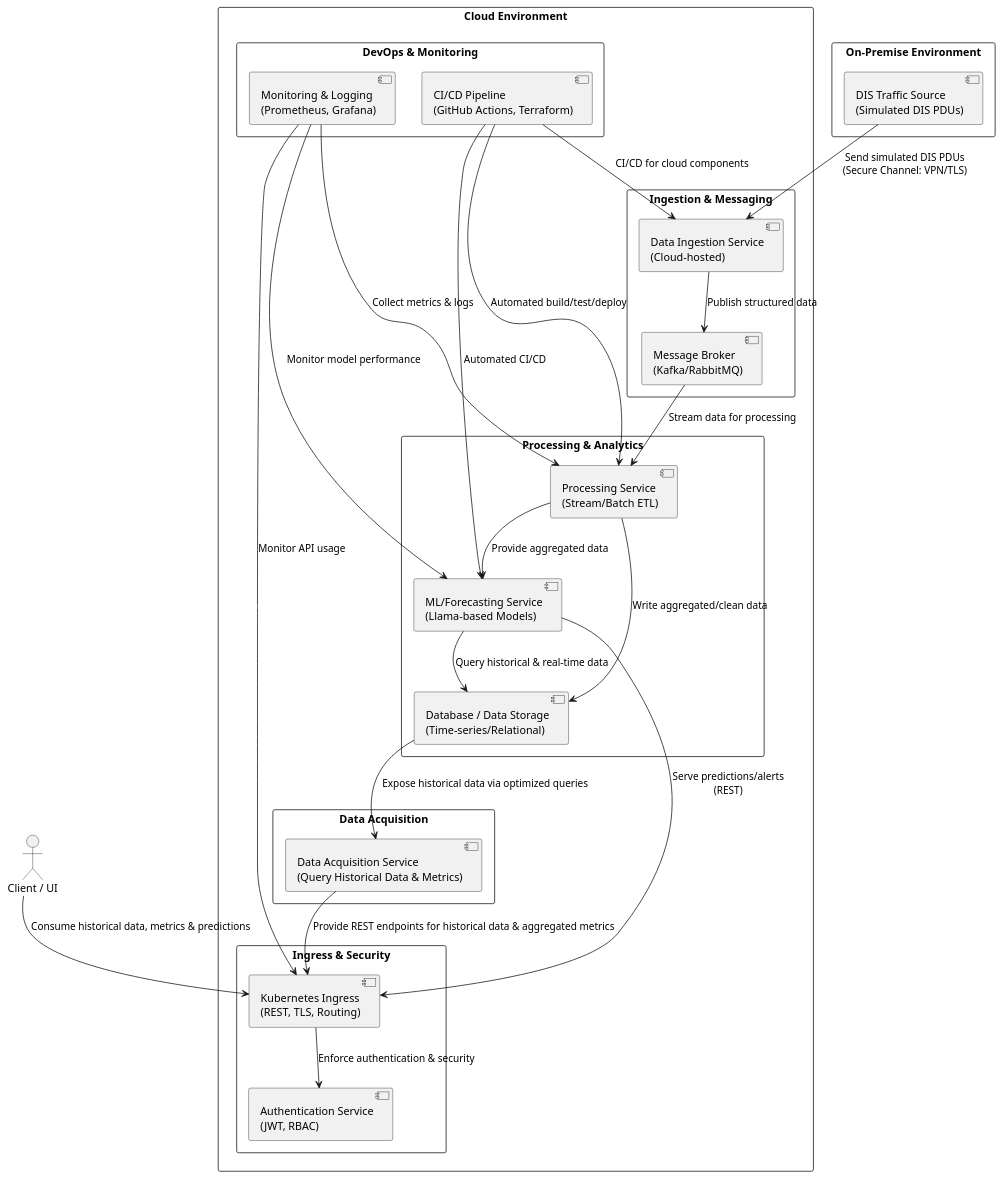
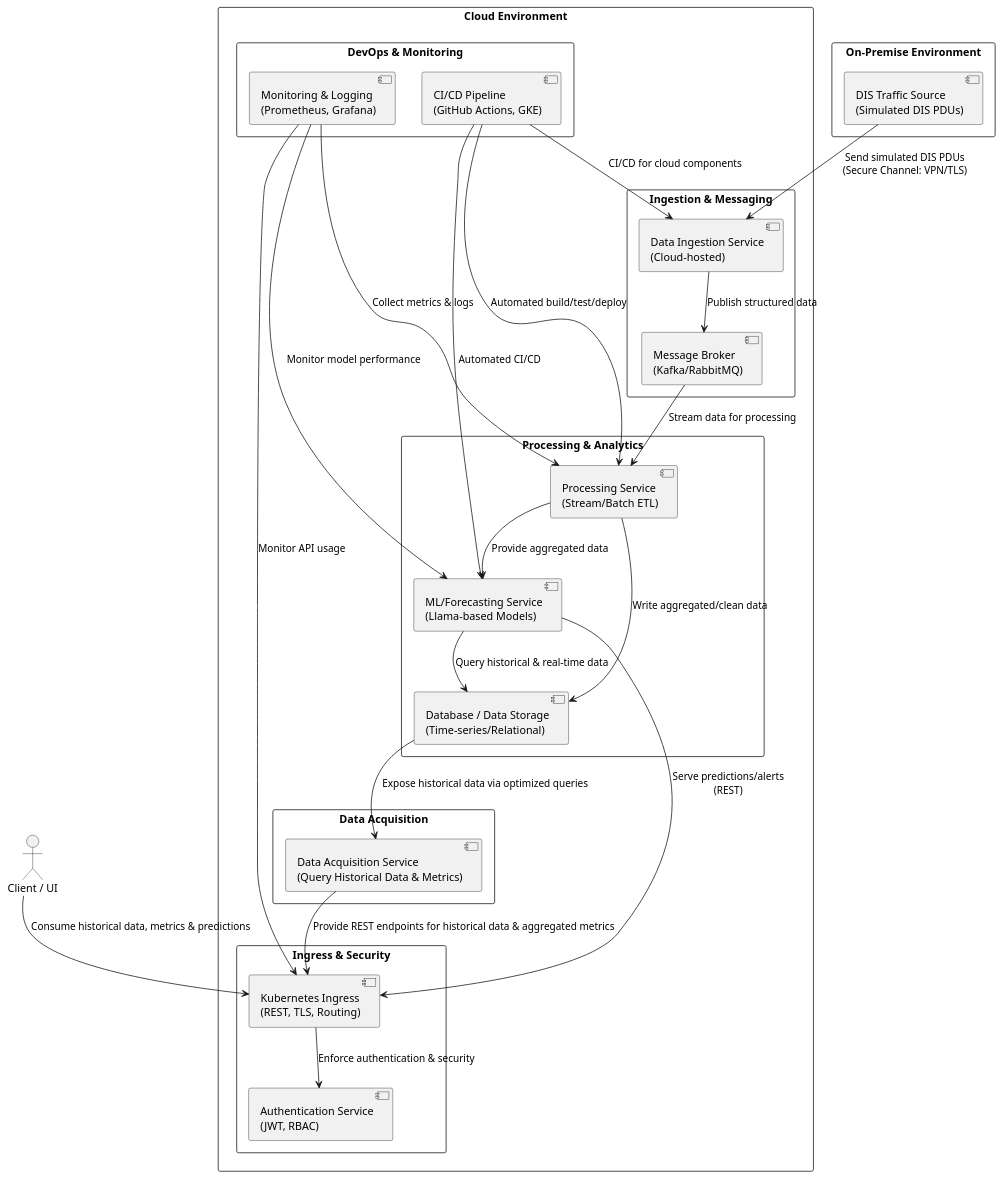
The diagram in pumls_mermaids/OverallArchitecture_V3.puml (NUS-ISS-Projects/cap-backend-k8s), drawn with PlantUML before and after one commit. The commit also changed 4 other files, not shown here.

Commit message:
Added more diagrams

```diff
--- a/pumls_mermaids/OverallArchitecture_V3.puml
+++ b/pumls_mermaids/OverallArchitecture_V3.puml
@@ -1,67 +1,67 @@
 @startuml
 skinparam packageStyle rectangle
 
 actor "Client / UI" as UI
 
 ' On-Premise components
 package "On-Premise Environment" {
   [DIS Traffic Source\n(Simulated DIS PDUs)] as DIS_Source
 }
 
 ' Cloud components
 package "Cloud Environment" {
   package "Ingestion & Messaging" {
     [Data Ingestion Service\n(Cloud-hosted)] as Ingestion
     [Message Broker\n(Kafka/RabbitMQ)] as Broker
   }
   
   package "Processing & Analytics" {
     [Processing Service\n(Stream/Batch ETL)] as Processing
     [ML/Forecasting Service\n(Llama-based Models)] as MLService
     [Database / Data Storage\n(Time-series/Relational)] as Storage
   }
   
   package "Data Acquisition" {
     [Data Acquisition Service\n(Query Historical Data & Metrics)] as DataAcquire
   }
   
   package "Ingress & Security" {
     [Kubernetes Ingress\n(REST, TLS, Routing)] as Ingress
     [Authentication Service\n(JWT, RBAC)] as AuthService
   }
   
   package "DevOps & Monitoring" {
     [Monitoring & Logging\n(Prometheus, Grafana)] as Monitor
-    [CI/CD Pipeline\n(GitHub Actions, Terraform)] as CICD
+    [CI/CD Pipeline\n(GitHub Actions, GKE)] as CICD
   }
 }
 
 ' Interactions between on-premise and cloud
 DIS_Source --> Ingestion : Send simulated DIS PDUs\n(Secure Channel: VPN/TLS)
 Ingestion --> Broker : Publish structured data
 Broker --> Processing : Stream data for processing
 Processing --> Storage : Write aggregated/clean data
 
 ' Data Acquisition for historical queries and metrics
 Storage --> DataAcquire : Expose historical data via optimized queries
 ' MODIFIED LABEL AND DESCRIPTION for DataAcquire to Ingress
 DataAcquire --> Ingress : Provide REST endpoints for historical data & aggregated metrics 
 
 ' ML & API interaction
 Processing --> MLService : Provide aggregated data
 MLService --> Storage : Query historical & real-time data
 MLService --> Ingress : Serve predictions/alerts\n(REST)
 
 ' Ingress and security flow
 Ingress --> AuthService : Enforce authentication & security
 UI --> Ingress : Consume historical data, metrics & predictions
 
 ' DevOps & Monitoring interactions
 Monitor --> Processing : Collect metrics & logs
 Monitor --> MLService : Monitor model performance
 Monitor --> Ingress : Monitor API usage
 CICD --> Ingestion : CI/CD for cloud components
 CICD --> Processing : Automated build/test/deploy
 CICD --> MLService : Automated CI/CD
 
 @enduml
```
